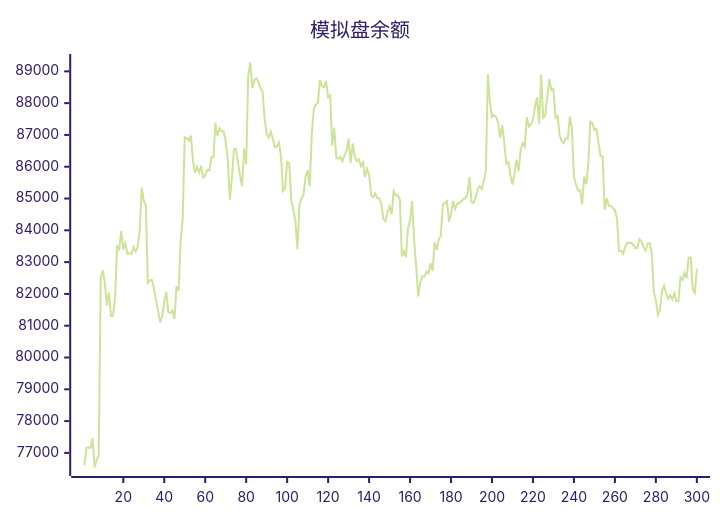
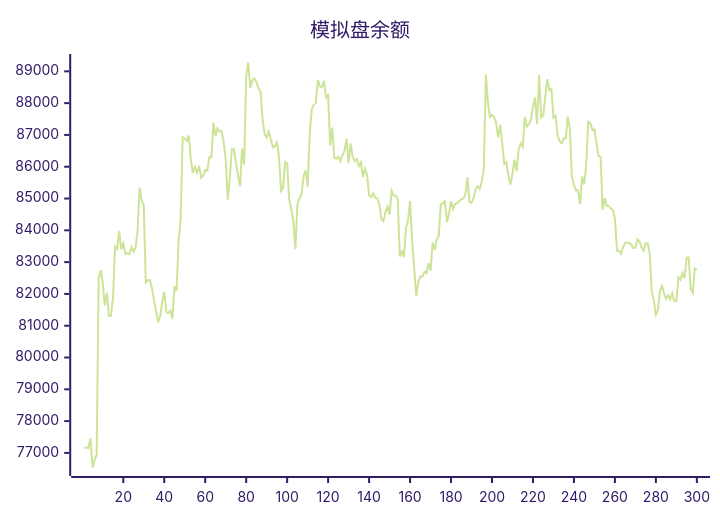
Before and after one commit to aahl/ai-trading: the diagram in README.md, drawn with Mermaid (forest theme). The commit also changed other lines of this file and 1 other file, not shown here.

````diff
--- a/README.md
+++ b/README.md
@@ -5,5 +5,5 @@
 ```mermaid
 xychart
     title "模拟盘余额"
-    line [76607,77160,77170,77160,77456,76541,76774,76927,82520,82744,82337,81639,82040,81307,81314,81887,83490,83414,83984,83396,83594,83261,83287,83253,83470,83327,83465,83987,85348,84930,84786,82355,82433,82438,82167,81795,81466,81105,81315,81756,82064,81426,81398,81481,81210,82242,82099,83658,84359,86925,86892,86814,86980,86203,85802,86003,85811,86028,85657,85721,85896,85880,86300,86299,87378,86965,87214,87115,87118,86780,86238,84966,85623,86555,86562,86129,85722,85387,86569,86070,88870,89278,88477,88720,88781,88668,88467,88372,87493,87018,86917,87102,86870,86613,86644,86758,86317,85242,85334,86149,86106,84968,84671,84302,83410,84816,85001,85127,85693,85891,85384,87001,87811,87945,88007,88734,88528,88495,88705,88189,88248,86662,87234,86279,86251,86314,86177,86364,86503,86886,86114,86731,86310,86176,86240,86017,86136,85685,85938,85749,85111,85044,85164,85016,85008,84824,84354,84287,84572,84745,84500,85234,85096,85095,84970,83180,83338,83157,84070,84309,84922,83667,82850,81924,82369,82552,82539,82695,82648,82962,82728,83619,83378,83710,83825,84819,84854,84917,84265,84527,84919,84668,84834,84850,84916,84981,85004,85131,85674,84891,84864,85019,85284,85393,85294,85538,85894,88904,88012,87567,87625,87568,87386,86920,87313,86737,86094,86143,85725,85437,85787,86219,85859,86526,86740,86630,87563,87264,87335,87483,87886,88180,87335,88894,87544,87608,88207,88755,88401,88444,87543,87608,87000,86810,86740,86894,86884,87576,87209,85686,85435,85251,85255,84820,85689,85453,86066,87420,87373,87161,87178,86740,86341,86315,84643,85012,84772,84768,84690,84635,84376,83360,83357,83259,83474,83608,83606,83602,83548,83440,83454,83724,83644,83464,83365,83590,83592,83275,82072,81806,81344,81492,82109,82254,82006,81848,81955,81829,82022,81769,81776,82522,82441,82656,82498,83144,83144,82150,82038,82797]
+    line [77160,77170,77160,77456,76541,76774,76927,82520,82744,82337,81639,82040,81307,81314,81887,83490,83414,83984,83396,83594,83261,83287,83253,83470,83327,83465,83987,85348,84930,84786,82355,82433,82438,82167,81795,81466,81105,81315,81756,82064,81426,81398,81481,81210,82242,82099,83658,84359,86925,86892,86814,86980,86203,85802,86003,85811,86028,85657,85721,85896,85880,86300,86299,87378,86965,87214,87115,87118,86780,86238,84966,85623,86555,86562,86129,85722,85387,86569,86070,88870,89278,88477,88720,88781,88668,88467,88372,87493,87018,86917,87102,86870,86613,86644,86758,86317,85242,85334,86149,86106,84968,84671,84302,83410,84816,85001,85127,85693,85891,85384,87001,87811,87945,88007,88734,88528,88495,88705,88189,88248,86662,87234,86279,86251,86314,86177,86364,86503,86886,86114,86731,86310,86176,86240,86017,86136,85685,85938,85749,85111,85044,85164,85016,85008,84824,84354,84287,84572,84745,84500,85234,85096,85095,84970,83180,83338,83157,84070,84309,84922,83667,82850,81924,82369,82552,82539,82695,82648,82962,82728,83619,83378,83710,83825,84819,84854,84917,84265,84527,84919,84668,84834,84850,84916,84981,85004,85131,85674,84891,84864,85019,85284,85393,85294,85538,85894,88904,88012,87567,87625,87568,87386,86920,87313,86737,86094,86143,85725,85437,85787,86219,85859,86526,86740,86630,87563,87264,87335,87483,87886,88180,87335,88894,87544,87608,88207,88755,88401,88444,87543,87608,87000,86810,86740,86894,86884,87576,87209,85686,85435,85251,85255,84820,85689,85453,86066,87420,87373,87161,87178,86740,86341,86315,84643,85012,84772,84768,84690,84635,84376,83360,83357,83259,83474,83608,83606,83602,83548,83440,83454,83724,83644,83464,83365,83590,83592,83275,82072,81806,81344,81492,82109,82254,82006,81848,81955,81829,82022,81769,81776,82522,82441,82656,82498,83144,83144,82150,82038,82797,82763]
 ```
````
